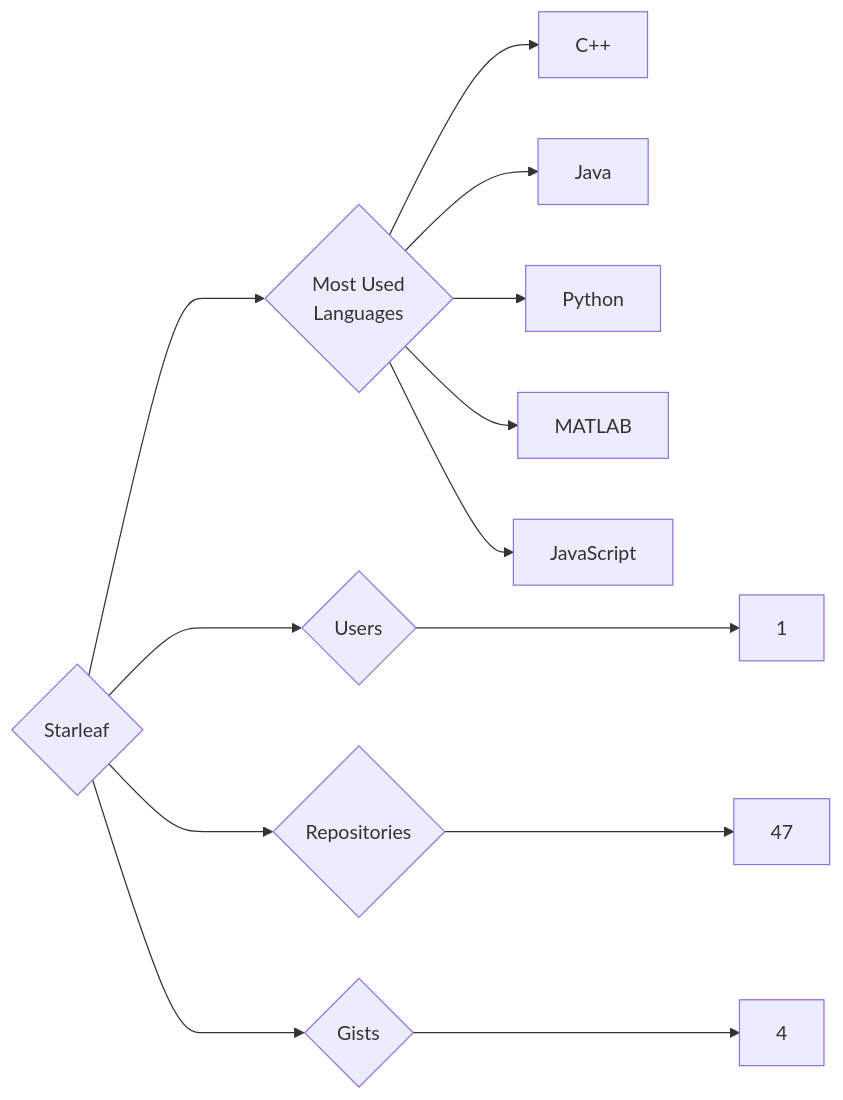
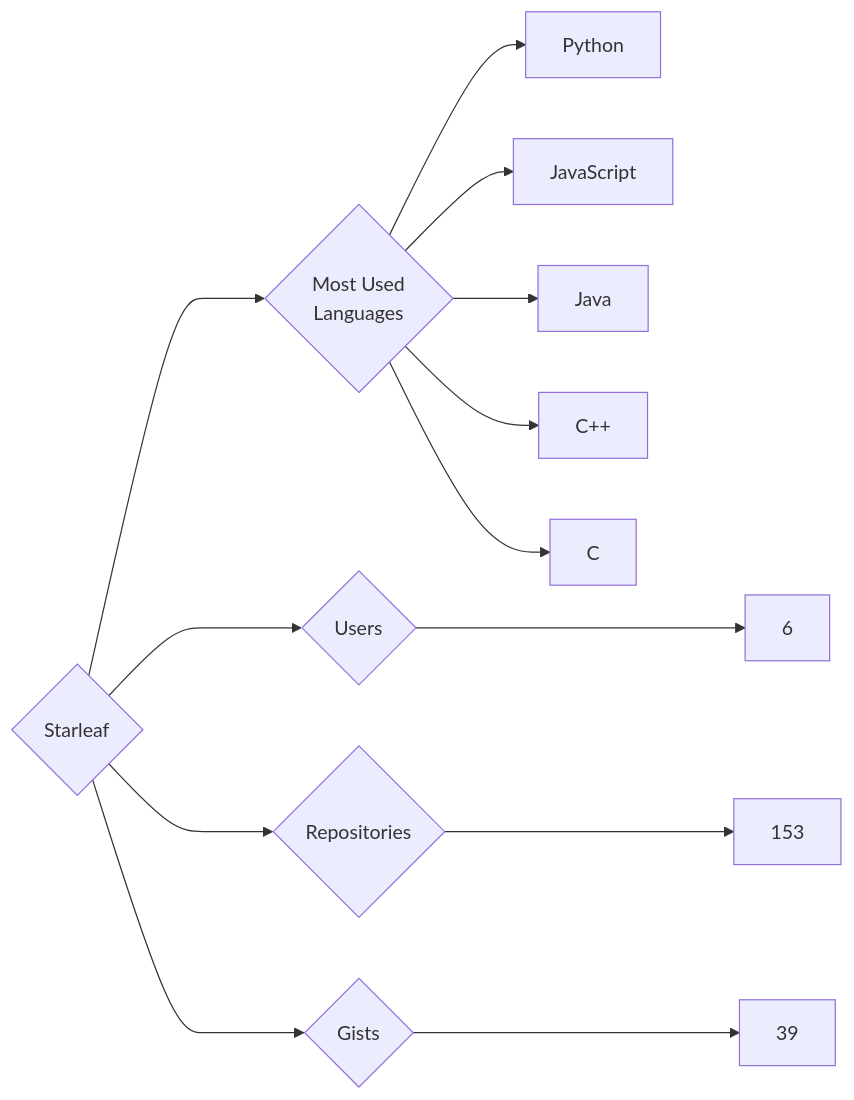
The diagram in targets/Starleaf/README.md (trickest/insiders), drawn with Mermaid before and after one commit. The commit also changed 1696 other files, not shown here.

````diff
--- a/targets/Starleaf/README.md
+++ b/targets/Starleaf/README.md
@@ -3,13 +3,13 @@
 ```mermaid
 graph LR
 COMPANY_NAME{Starleaf}
-COMPANY_NAME ---> U{Users} ---> UN[1]
-COMPANY_NAME ---> R{Repositories} ---> RN[47]
-COMPANY_NAME ---> G{Gists} ---> GN[4]
+COMPANY_NAME ---> U{Users} ---> UN[6]
+COMPANY_NAME ---> R{Repositories} ---> RN[153]
+COMPANY_NAME ---> G{Gists} ---> GN[39]
 COMPANY_NAME ---> ML{Most Used<br>Languages}
+ML --> Python[Python]
+ML --> JavaScript[JavaScript]
+ML --> Java[Java]
 ML --> C++[C++]
-ML --> Java[Java]
-ML --> Python[Python]
-ML --> MATLAB[MATLAB]
-ML --> JavaScript[JavaScript]
+ML --> C[C]
 ```
````
